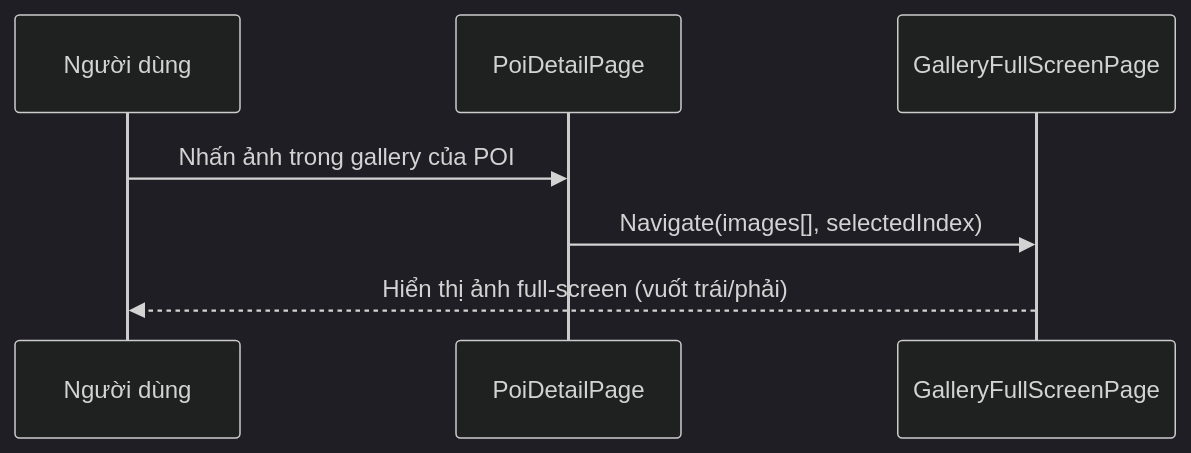
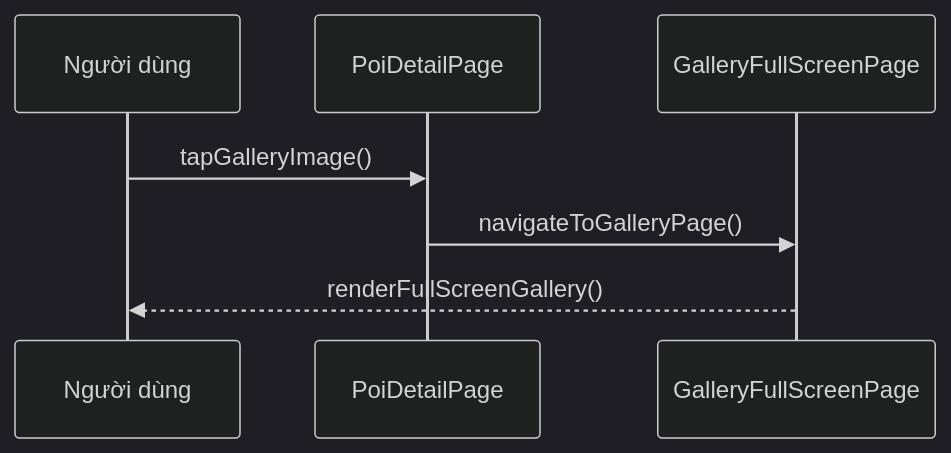
One commit to quynhtien1977/AudioGo changed diagram 14 of 58 in PRD.md. Above: the diagram before and after it, drawn with Mermaid (dark theme). The commit also changed other lines of this file and 2 other files, not shown here.

````diff
--- a/PRD.md
+++ b/PRD.md
@@ -1051,10 +1085,10 @@
 ```mermaid
 sequenceDiagram
     participant MobileUser as Người dùng
     participant DetailPage as PoiDetailPage
     participant GalleryPage as GalleryFullScreenPage
 
-    MobileUser ->> DetailPage: Nhấn ảnh trong gallery của POI
-    DetailPage ->> GalleryPage: Navigate(images[], selectedIndex)
-    GalleryPage -->> MobileUser: Hiển thị ảnh full-screen (vuốt trái/phải)
+    MobileUser ->> DetailPage: tapGalleryImage()
+    DetailPage ->> GalleryPage: navigateToGalleryPage()
+    GalleryPage -->> MobileUser: renderFullScreenGallery()
 ```
````
